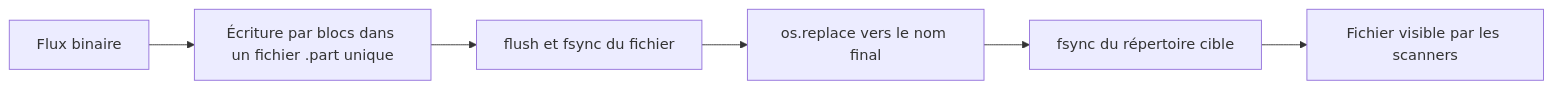
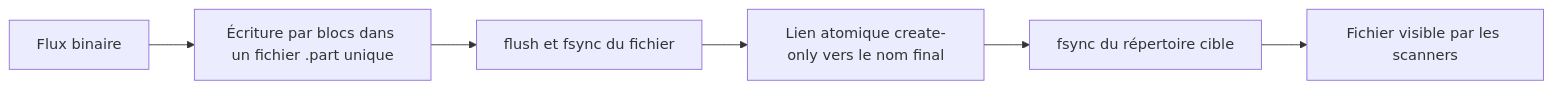
Before and after one commit to dev-vauclaire/mevo2glpi: the diagram in packages/common/README.md, drawn with Mermaid. The commit also changed other lines of this file and 55 other files, not shown here.

````diff
--- a/packages/common/README.md
+++ b/packages/common/README.md
@@ -44,8 +48,8 @@
 ```mermaid
 flowchart LR
     A[Flux binaire] --> B[Écriture par blocs dans un fichier .part unique]
     B --> C[flush et fsync du fichier]
-    C --> D[os.replace vers le nom final]
+    C --> D[Lien atomique create-only vers le nom final]
     D --> E[fsync du répertoire cible]
     E --> F[Fichier visible par les scanners]
 ```
````
